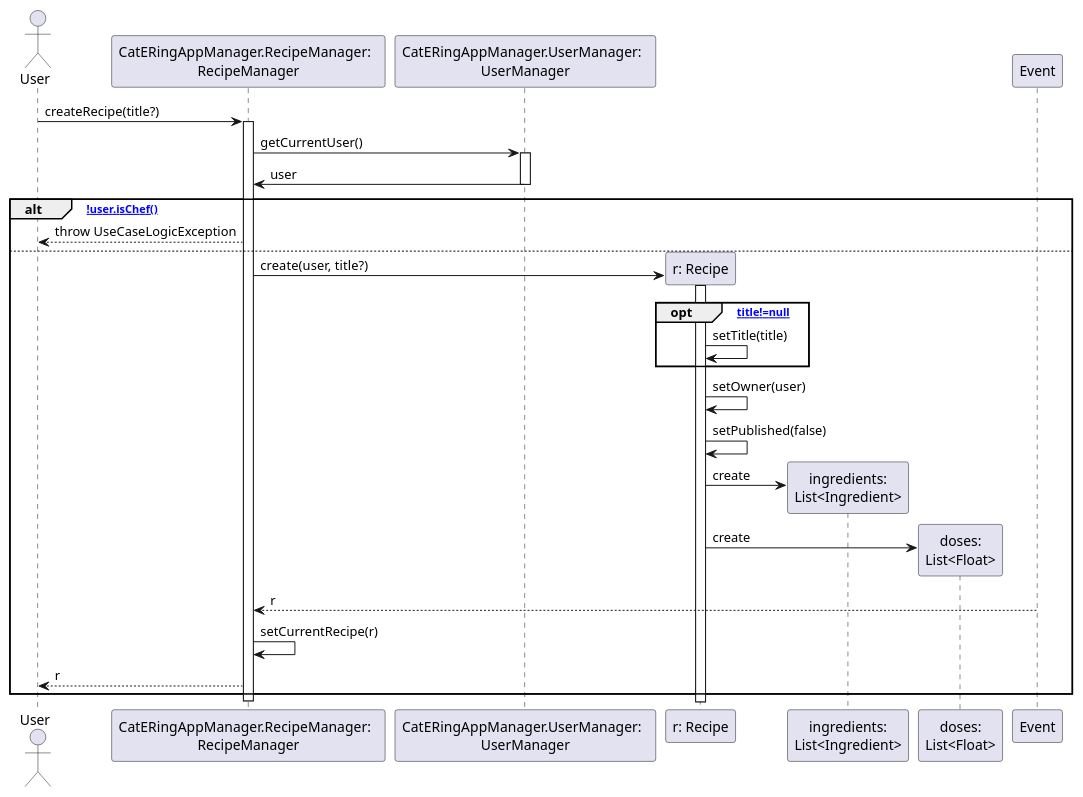
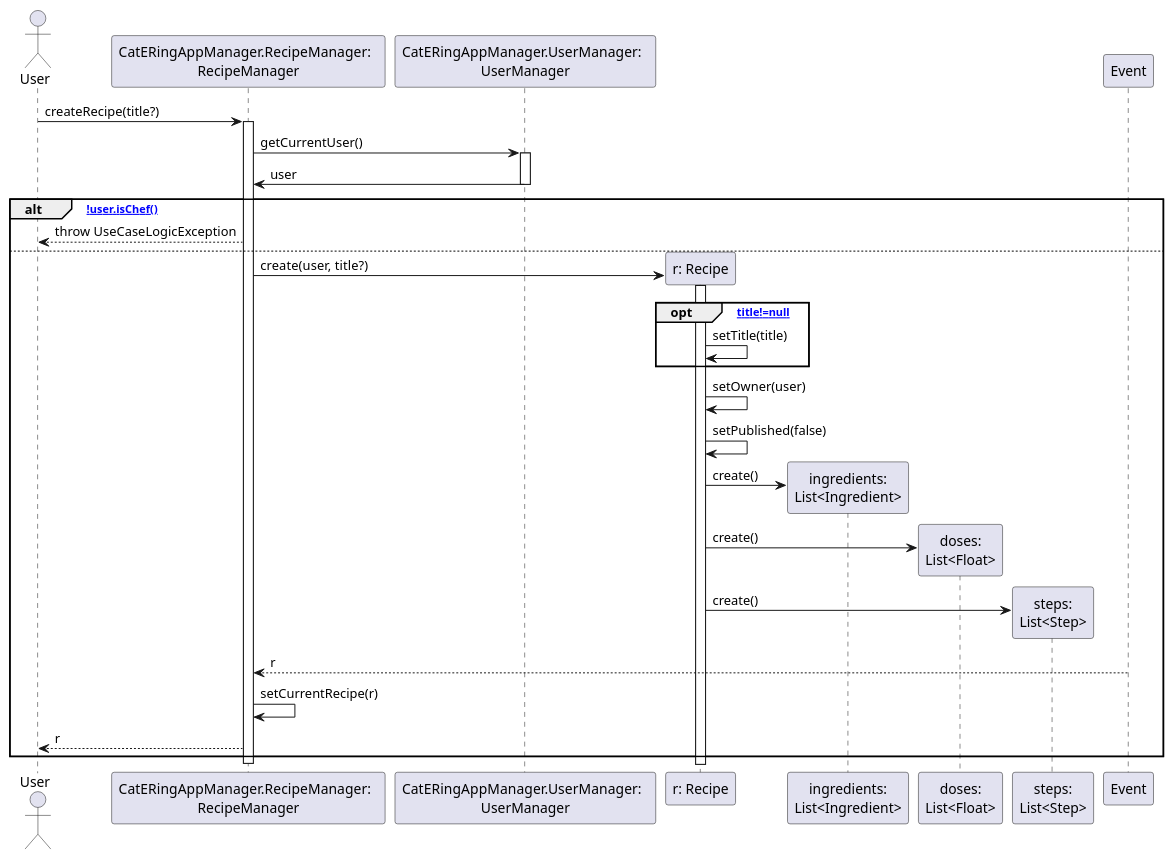
One commit to m0canu1/sas changed the diagram in dsd/dsd-ricette/1-createRecipe.md. Above: the diagram before and after it, drawn with PlantUML.

Commit message:
modificato dsd ricetta

````diff
--- a/dsd/dsd-ricette/1-createRecipe.md
+++ b/dsd/dsd-ricette/1-createRecipe.md
@@ -1,35 +1,37 @@
 ```plantuml
 
 Actor User
 Participant "CatERingAppManager.RecipeManager:  \nRecipeManager"
 Participant "CatERingAppManager.UserManager:  \nUserManager"
 
 User -> "CatERingAppManager.RecipeManager:  \nRecipeManager":createRecipe(title?)
 activate "CatERingAppManager.RecipeManager:  \nRecipeManager"
 "CatERingAppManager.RecipeManager:  \nRecipeManager" -> "CatERingAppManager.UserManager:  \nUserManager":getCurrentUser()
 activate "CatERingAppManager.UserManager:  \nUserManager"
 "CatERingAppManager.UserManager:  \nUserManager" -> "CatERingAppManager.RecipeManager:  \nRecipeManager":user
 deactivate "CatERingAppManager.UserManager:  \nUserManager"
 
 alt [!user.isChef()]
     "CatERingAppManager.RecipeManager:  \nRecipeManager" --> User:throw UseCaseLogicException
 else 
     create "r: Recipe"
     "CatERingAppManager.RecipeManager:  \nRecipeManager" -> "r: Recipe":create(user, title?)
     activate "r: Recipe"
     opt [title!=null]
         "r: Recipe" -> "r: Recipe":setTitle(title)
     end
     "r: Recipe" -> "r: Recipe":setOwner(user)
     "r: Recipe" -> "r: Recipe":setPublished(false)
     create "ingredients:\nList<Ingredient>"
-    "r: Recipe" -> "ingredients:\nList<Ingredient>":create
+    "r: Recipe" -> "ingredients:\nList<Ingredient>":create()
     create "doses:\nList<Float>"
-    "r: Recipe" -> "doses:\nList<Float>":create
+    "r: Recipe" -> "doses:\nList<Float>":create()
+    create "steps:\nList<Step>"
+    "r: Recipe" -> "steps:\nList<Step>":create()
     Event --> "CatERingAppManager.RecipeManager:  \nRecipeManager": r
     "CatERingAppManager.RecipeManager:  \nRecipeManager" -> "CatERingAppManager.RecipeManager:  \nRecipeManager":setCurrentRecipe(r)
     "CatERingAppManager.RecipeManager:  \nRecipeManager" --> User:r
 end
     deactivate "CatERingAppManager.RecipeManager:  \nRecipeManager"
 
 ```
````
